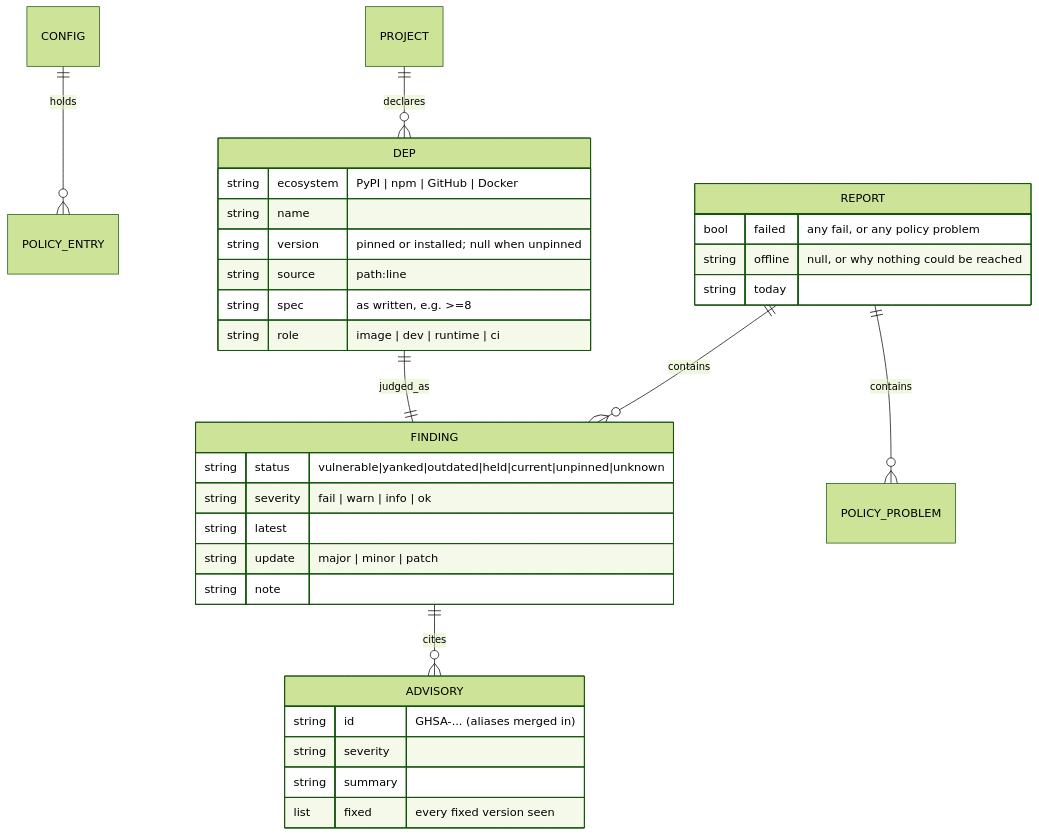
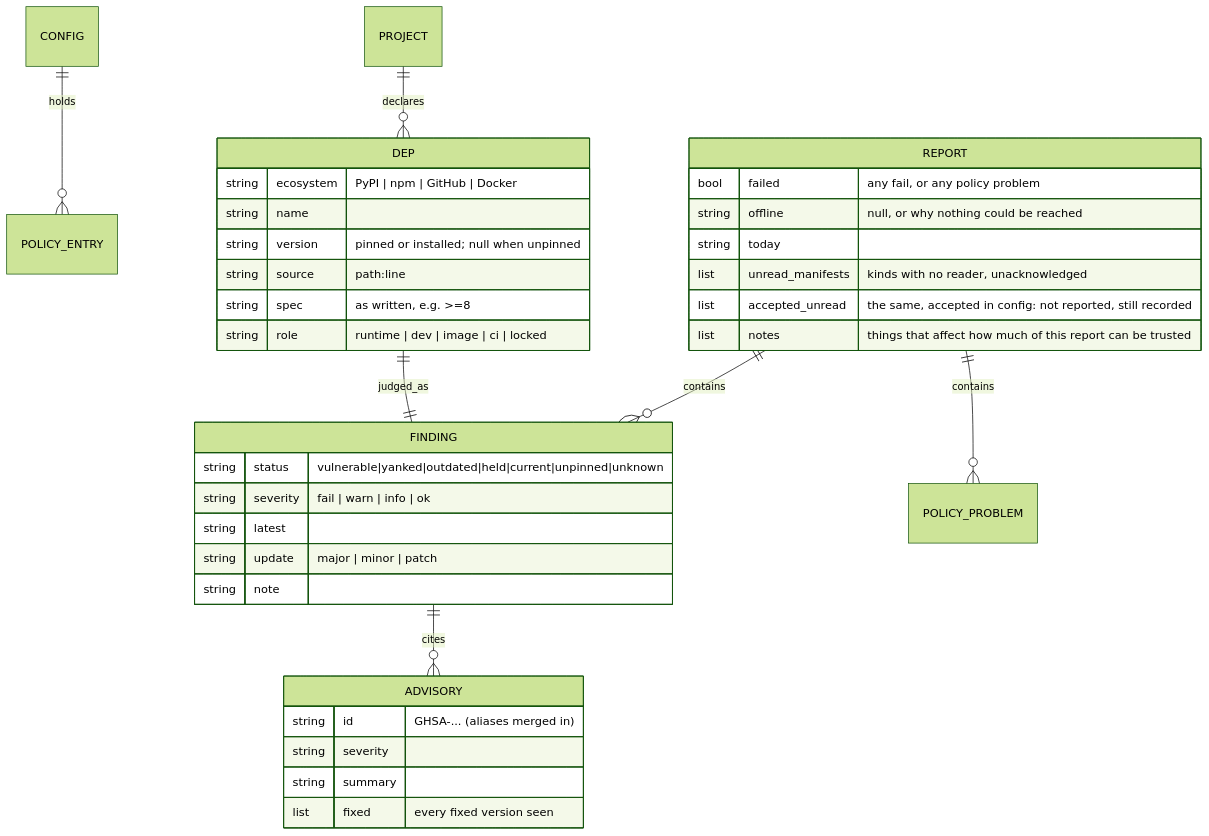
The second of 3 diagrams in docs/ARCHITECTURE.md (BlackCanyonSoftware/stocktake_BCS), drawn with Mermaid (forest theme) before and after one commit. The commit also changed other lines of this file and 32 other files, not shown here.

````diff
--- a/docs/ARCHITECTURE.md
+++ b/docs/ARCHITECTURE.md
@@ -110,36 +112,39 @@
 ```mermaid
 erDiagram
     CONFIG ||--o{ POLICY_ENTRY : holds
     PROJECT ||--o{ DEP : declares
     DEP ||--|| FINDING : judged_as
     FINDING ||--o{ ADVISORY : cites
     REPORT ||--o{ FINDING : contains
     REPORT ||--o{ POLICY_PROBLEM : contains
 
     DEP {
         string ecosystem "PyPI | npm | GitHub | Docker"
         string name
         string version "pinned or installed; null when unpinned"
         string source "path:line"
         string spec "as written, e.g. >=8"
-        string role "image | dev | runtime | ci"
+        string role "runtime | dev | image | ci | locked"
     }
     FINDING {
         string status "vulnerable|yanked|outdated|held|current|unpinned|unknown"
         string severity "fail | warn | info | ok"
         string latest
         string update "major | minor | patch"
         string note
     }
     ADVISORY {
         string id "GHSA-... (aliases merged in)"
         string severity
         string summary
         list fixed "every fixed version seen"
     }
     REPORT {
         bool failed "any fail, or any policy problem"
         string offline "null, or why nothing could be reached"
         string today
+        list unread_manifests "kinds with no reader, unacknowledged"
+        list accepted_unread "the same, accepted in config: not reported, still recorded"
+        list notes "things that affect how much of this report can be trusted"
     }
 ```
````
